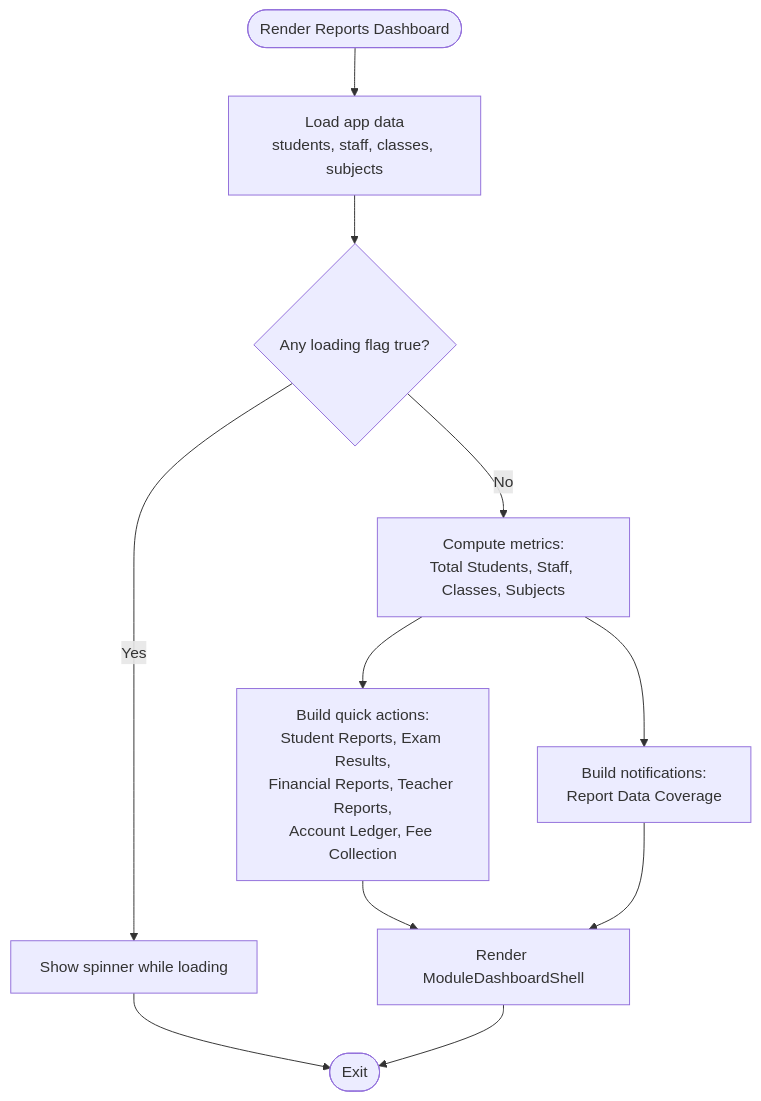
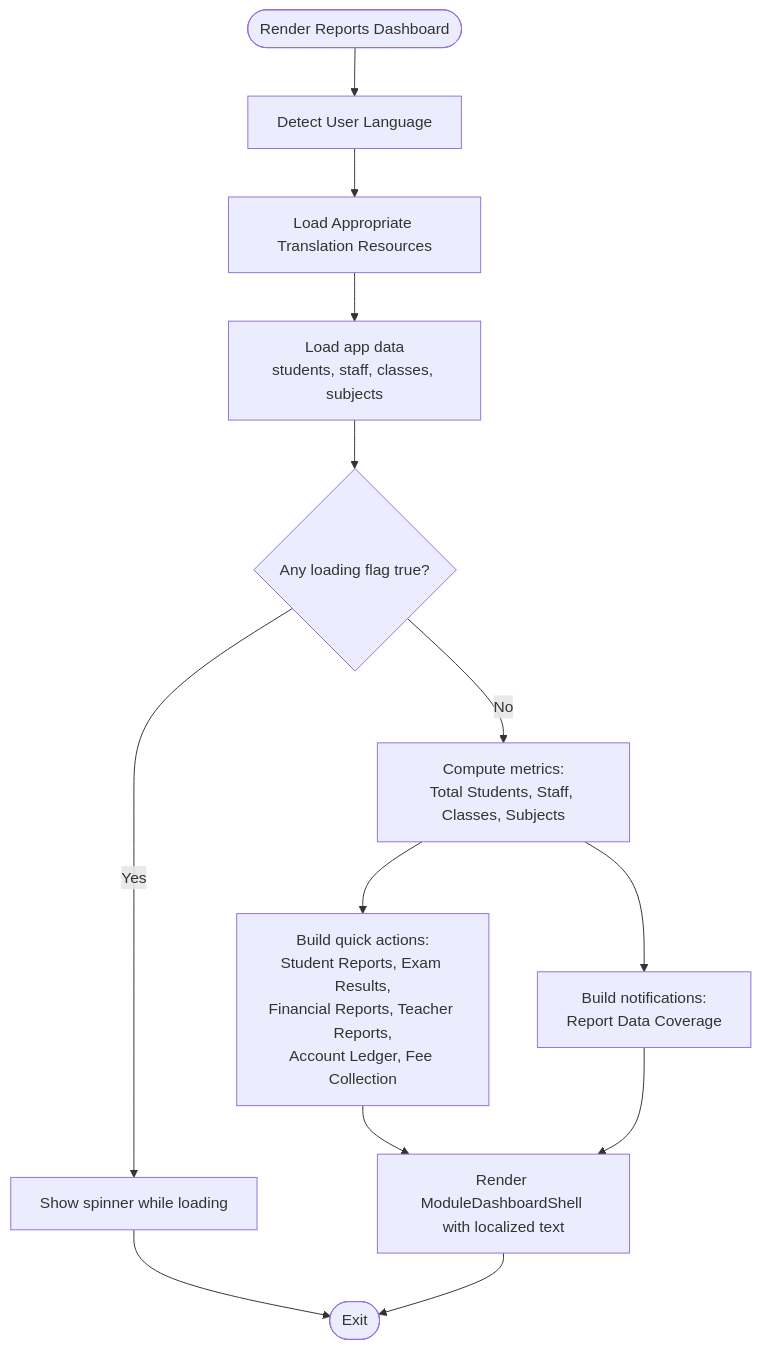
The third of 10 diagrams in .qoder/repowiki/en/content/Modules System/Reports Module.md (geniusdynamics/schoolpilot), drawn with Mermaid before and after one commit. The commit also changed other lines of this file and 16 other files, not shown here.

````diff
--- a/.qoder/repowiki/en/content/Modules System/Reports Module.md
+++ b/.qoder/repowiki/en/content/Modules System/Reports Module.md
@@ -126,13 +182,15 @@
 ```mermaid
 flowchart TD
-Start(["Render Reports Dashboard"]) --> LoadData["Load app data<br/>students, staff, classes, subjects"]
+Start(["Render Reports Dashboard"]) --> DetectLang["Detect User Language"]
+DetectLang --> LoadResources["Load Appropriate Translation Resources"]
+LoadResources --> LoadData["Load app data<br/>students, staff, classes, subjects"]
 LoadData --> IsLoading{"Any loading flag true?"}
 IsLoading --> |Yes| ShowSpinner["Show spinner while loading"]
 IsLoading --> |No| ComputeMetrics["Compute metrics:<br/>Total Students, Staff, Classes, Subjects"]
 ComputeMetrics --> BuildQuickActions["Build quick actions:<br/>Student Reports, Exam Results,<br/>Financial Reports, Teacher Reports,<br/>Account Ledger, Fee Collection"]
 ComputeMetrics --> BuildNotifications["Build notifications:<br/>Report Data Coverage"]
-BuildQuickActions --> Render["Render ModuleDashboardShell"]
+BuildQuickActions --> Render["Render ModuleDashboardShell with localized text"]
 BuildNotifications --> Render
 ShowSpinner --> End(["Exit"])
 Render --> End
 ```
````
